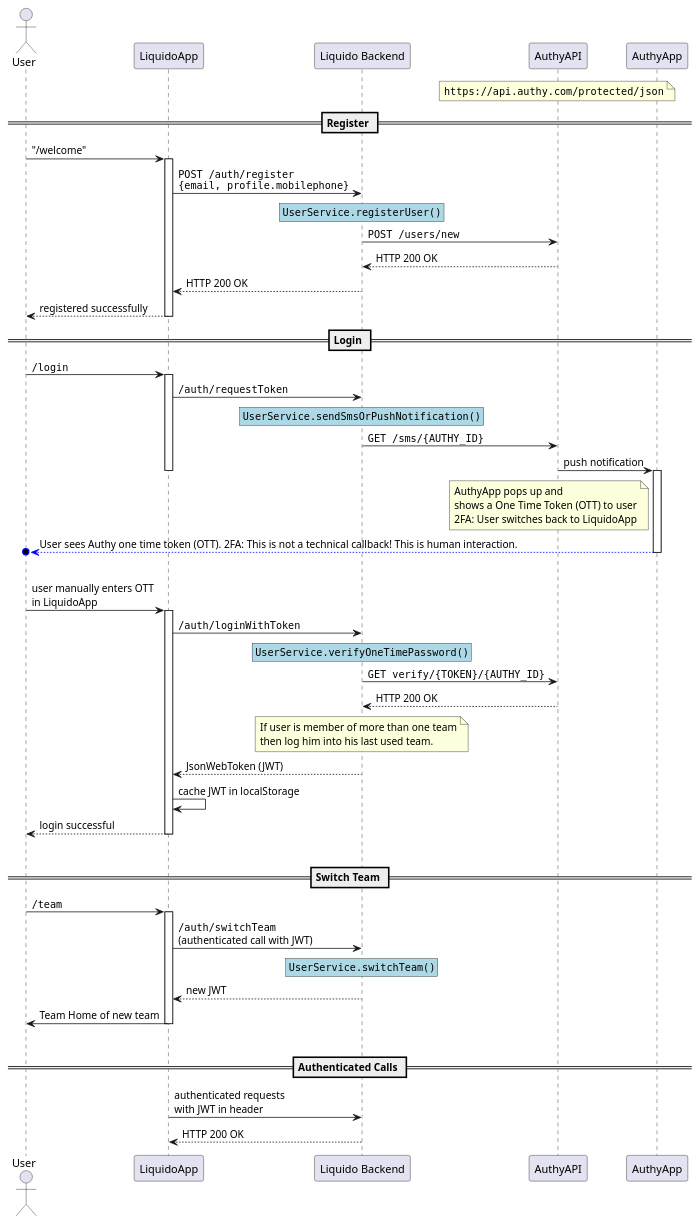
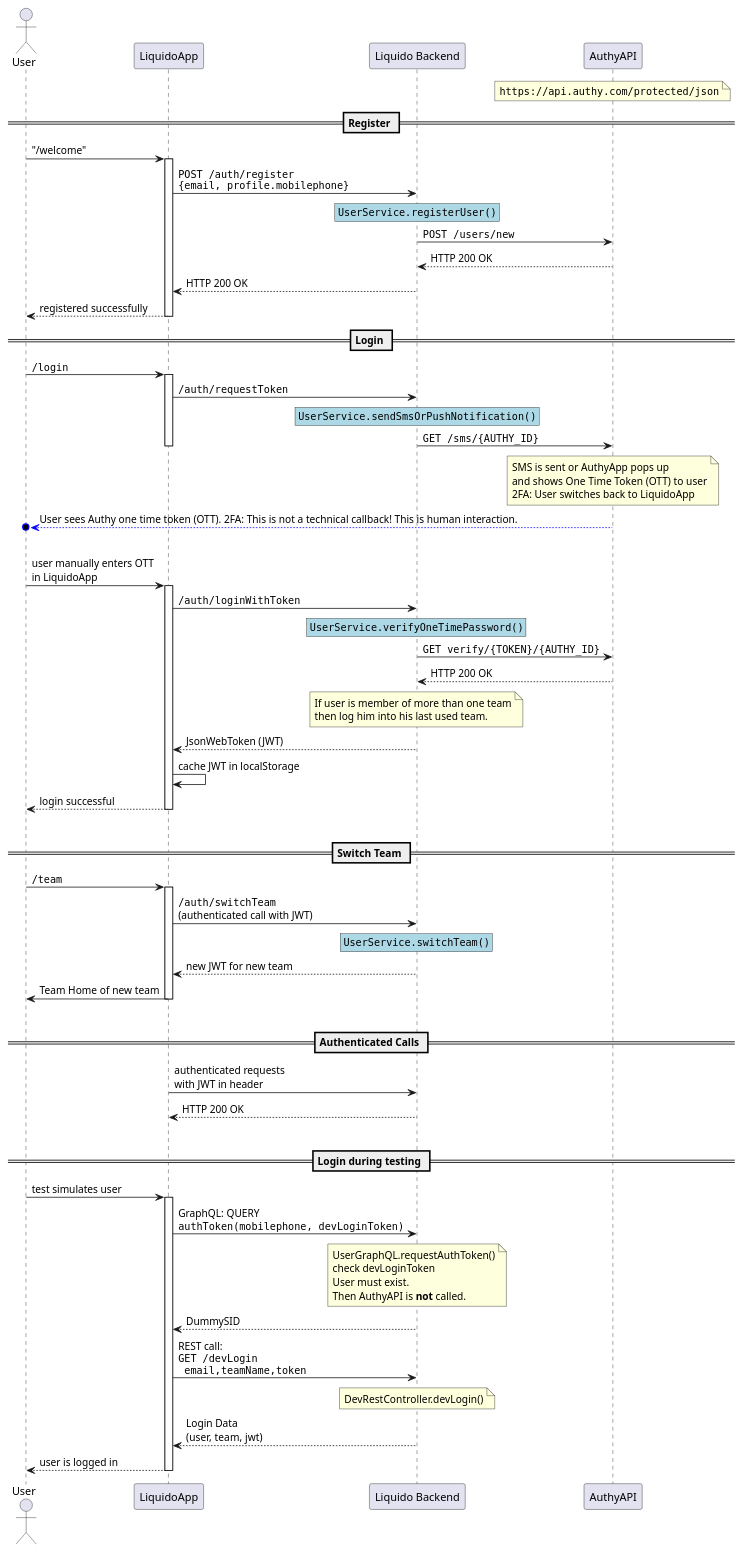
Before and after one commit to Doogiemuc/liquido-backend-spring: the diagram in doc/Liquido Authy Login Sequence.plantuml, drawn with PlantUML. The commit also changed 23 other files, not shown here.

Commit message:
/liquido-api/v3  and improved tests

```diff
--- a/doc/Liquido Authy Login Sequence.plantuml
+++ b/doc/Liquido Authy Login Sequence.plantuml
@@ -1,71 +1,81 @@
 @startuml
 
 actor User
 participant LiquidoApp
 participant "Liquido Backend" as BE
 participant AuthyAPI
-participant AuthyApp
 
 note over AuthyAPI: ""https://api.authy.com/protected/json""
 
 == Register ==
 
 User -> LiquidoApp: "/welcome"
 activate LiquidoApp
 LiquidoApp -> BE: ""POST /auth/register""\n""{email, profile.mobilephone}""
 rnote over BE #lightblue: ""UserService.registerUser()""
 BE -> AuthyAPI: ""POST /users/new""
 AuthyAPI --> BE: HTTP 200 OK
 BE --> LiquidoApp: HTTP 200 OK
 LiquidoApp --> User: registered successfully
 deactivate LiquidoApp
 
 == Login ==
 
 User -> LiquidoApp: ""/login""
 activate LiquidoApp
 LiquidoApp -> BE: ""/auth/requestToken""
 rnote over BE #lightblue: ""UserService.sendSmsOrPushNotification()""
 BE -> AuthyAPI: ""GET /sms/{AUTHY_ID}""
-AuthyAPI -> AuthyApp: push notification
 deactivate LiquidoApp
 
-activate AuthyApp
-note left of AuthyApp: AuthyApp pops up and\nshows a One Time Token (OTT) to user\n2FA: User switches back to LiquidoApp
-AuthyApp -[#blue]->o User: User sees Authy one time token (OTT). 2FA: This is not a technical callback! This is human interaction.
-deactivate AuthyApp
+note over AuthyAPI: SMS is sent or AuthyApp pops up\nand shows One Time Token (OTT) to user\n2FA: User switches back to LiquidoApp
+AuthyAPI -[#blue]->o User: User sees Authy one time token (OTT). 2FA: This is not a technical callback! This is human interaction.
 
 |||
 
 User -> LiquidoApp: user manually enters OTT\nin LiquidoApp
 activate LiquidoApp
 LiquidoApp -> BE: ""/auth/loginWithToken""
 rnote over BE #lightblue: ""UserService.verifyOneTimePassword()""
 BE -> AuthyAPI: ""GET verify/{TOKEN}/{AUTHY_ID}""
 AuthyAPI --> BE: HTTP 200 OK
 note over BE: If user is member of more than one team\nthen log him into his last used team.
 BE --> LiquidoApp: JsonWebToken (JWT)
 LiquidoApp -> LiquidoApp: cache JWT in localStorage
 LiquidoApp --> User: login successful
 deactivate LiquidoApp
 
 |||
 == Switch Team ==
 
 User -> LiquidoApp: ""/team""
 activate LiquidoApp
 LiquidoApp -> BE: ""/auth/switchTeam""\n(authenticated call with JWT)
 rnote over BE #lightblue: ""UserService.switchTeam()""
 ' should I require authentication via authy here again?
-BE --> LiquidoApp: new JWT
+BE --> LiquidoApp: new JWT for new team
 LiquidoApp -> User: Team Home of new team
 deactivate LiquidoApp
 
 |||
 == Authenticated Calls ==
 
 LiquidoApp -> BE: authenticated requests\nwith JWT in header
 BE --> LiquidoApp: HTTP 200 OK
 
+|||
+== Login during testing ==
+
+User -> LiquidoApp: test simulates user
+activate LiquidoApp
+LiquidoApp -> BE: GraphQL: QUERY\n""authToken(mobilephone, devLoginToken)""
+note over BE: UserGraphQL.requestAuthToken()\ncheck devLoginToken\nUser must exist.\nThen AuthyAPI is **not** called.
+BE --> LiquidoApp: DummySID
+
+LiquidoApp -> BE: REST call:\n""GET /devLogin""\n"" email,teamName,token""
+note over BE: DevRestController.devLogin()
+BE --> LiquidoApp: Login Data\n(user, team, jwt)
+LiquidoApp --> User: user is logged in
+deactivate LiquidoApp
 
 @enduml
```
